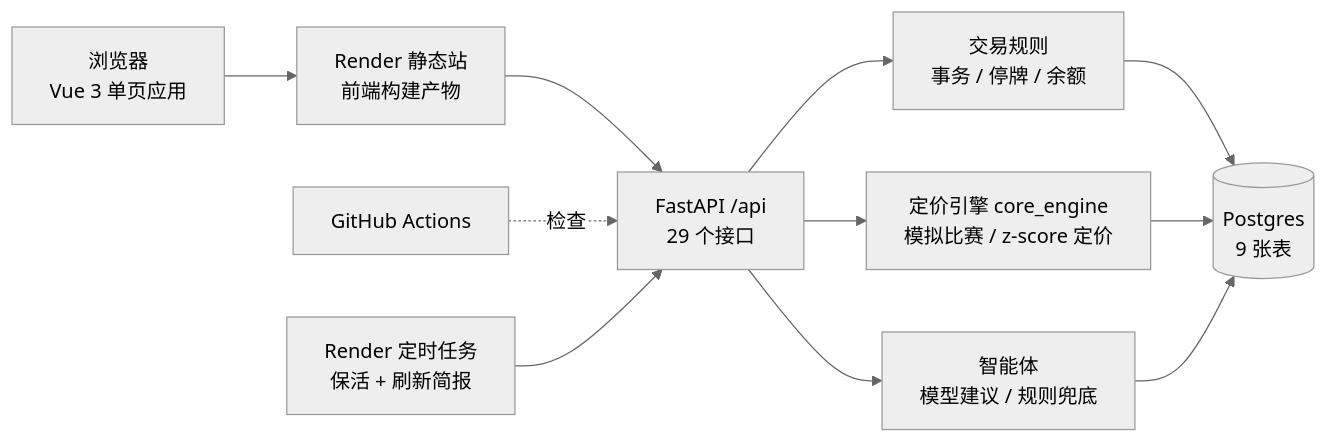
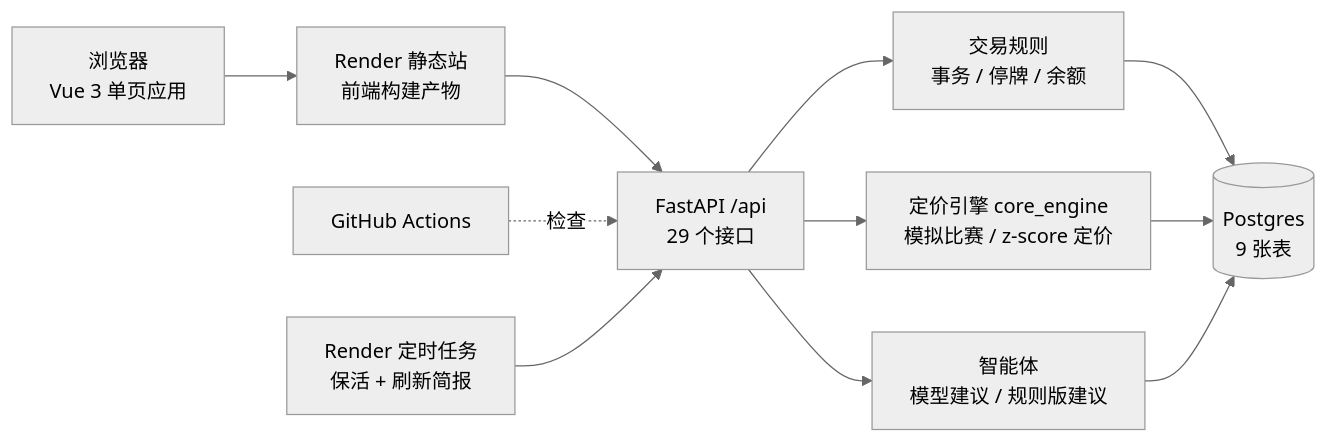
Before and after one commit to July75-bit/Innovation: the first of 2 diagrams in docs/slides/slides.md, drawn with Mermaid (neutral theme). The commit also changed other lines of this file and 1 other file, not shown here.

````diff
--- a/docs/slides/slides.md
+++ b/docs/slides/slides.md
@@ -320,13 +320,13 @@
 ```mermaid {scale: 0.58}
 flowchart LR
   B["浏览器<br/>Vue 3 单页应用"] --> S["Render 静态站<br/>前端构建产物"]
   S --> A["FastAPI /api<br/>29 个接口"]
   A --> R["交易规则<br/>事务 / 停牌 / 余额"]
   A --> C["定价引擎 core_engine<br/>模拟比赛 / z-score 定价"]
-  A --> I["智能体<br/>模型建议 / 规则兜底"]
+  A --> I["智能体<br/>模型建议 / 规则版建议"]
   R --> D[("Postgres<br/>9 张表")]
   C --> D
   I --> D
   G["GitHub Actions"] -.检查.-> A
   H["Render 定时任务<br/>保活 + 刷新简报"] --> A
 ```
````
